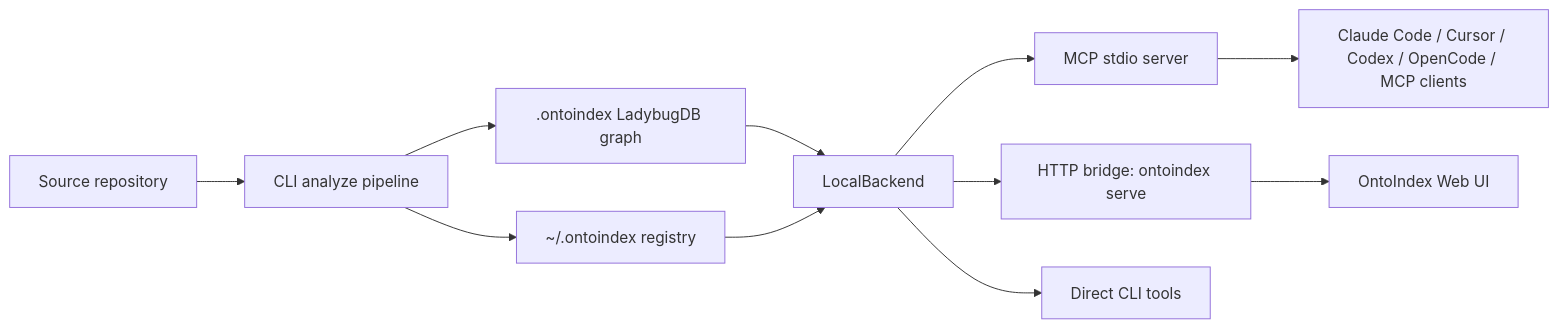
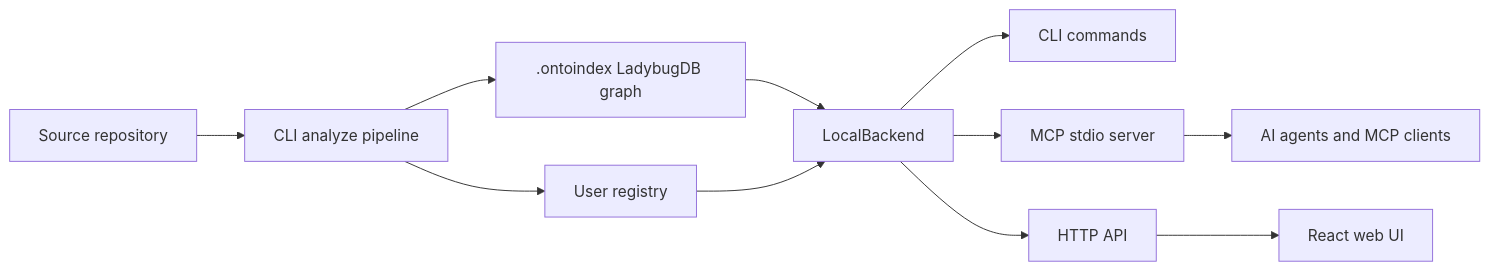
The diagram in README.md (ontograph/ontoindex), drawn with Mermaid before and after one commit. The commit also changed other lines of this file and 16 other files, not shown here.

````diff
--- a/README.md
+++ b/README.md
@@ -194,16 +220,13 @@
 ```mermaid
 flowchart LR
   Repo[Source repository] --> Analyze[CLI analyze pipeline]
   Analyze --> Graph[.ontoindex LadybugDB graph]
-  Analyze --> Registry[~/.ontoindex registry]
-
+  Analyze --> Registry[User registry]
   Graph --> Backend[LocalBackend]
   Registry --> Backend
-
+  Backend --> CLI[CLI commands]
   Backend --> MCP[MCP stdio server]
-  Backend --> HTTP[HTTP bridge: ontoindex serve]
-  Backend --> CLI[Direct CLI tools]
-
-  MCP --> Agents[Claude Code / Cursor / Codex / OpenCode / MCP clients]
-  HTTP --> Web[OntoIndex Web UI]
+  Backend --> HTTP[HTTP API]
+  MCP --> Agents[AI agents and MCP clients]
+  HTTP --> Web[React web UI]
 ```
````
